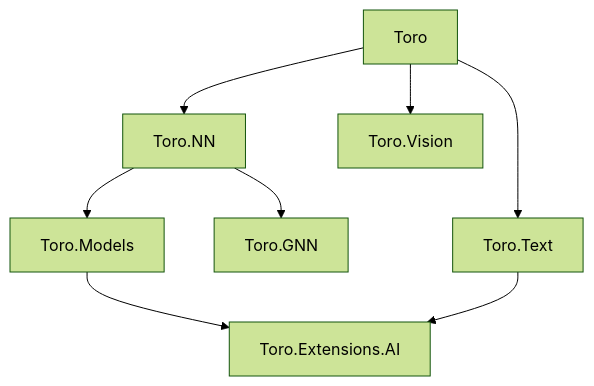
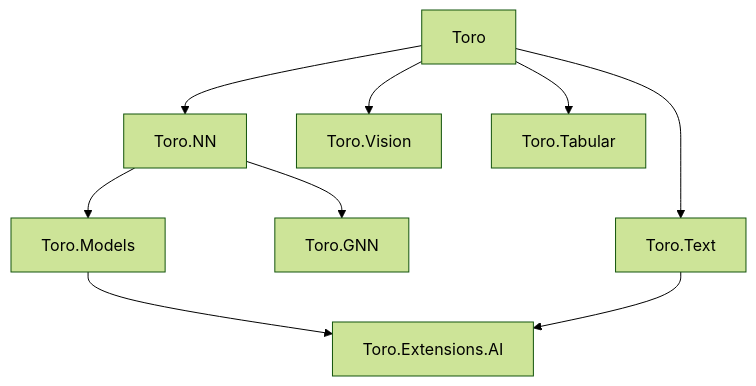
The diagram in CODEMAP.md (toro-ml/toro), drawn with Mermaid (forest theme) before and after one commit. The commit also changed other lines of this file and 13 other files, not shown here.

````diff
--- a/CODEMAP.md
+++ b/CODEMAP.md
@@ -9,10 +9,11 @@
 ```mermaid
 flowchart TD
     Toro --> Toro.NN
     Toro --> Toro.Vision
     Toro --> Toro.Text
+    Toro --> Toro.Tabular
     Toro.NN --> Toro.GNN
     Toro.NN --> Toro.Models
     Toro.Models --> Toro.Extensions.AI
     Toro.Text --> Toro.Extensions.AI
 ```
````
